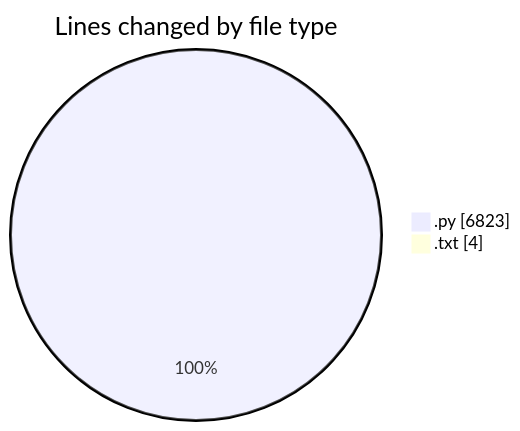
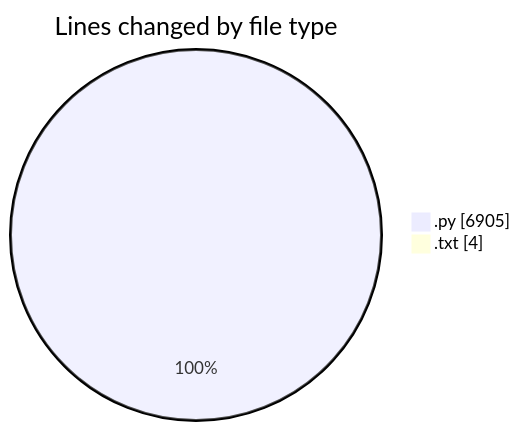
Before and after one commit to CELIANVF/code-tracking: the first of 2 diagrams in 2025-06-01/video_app/README.md, drawn with Mermaid. The commit also changed other lines of this file and 1 other file, not shown here.

````diff
--- a/2025-06-01/video_app/README.md
+++ b/2025-06-01/video_app/README.md
@@ -29,6 +29,6 @@
 ```mermaid
 pie showData
 title Lines changed by file type
-".py" : 6823
+".py" : 6905
 ".txt" : 4
 ```
````
